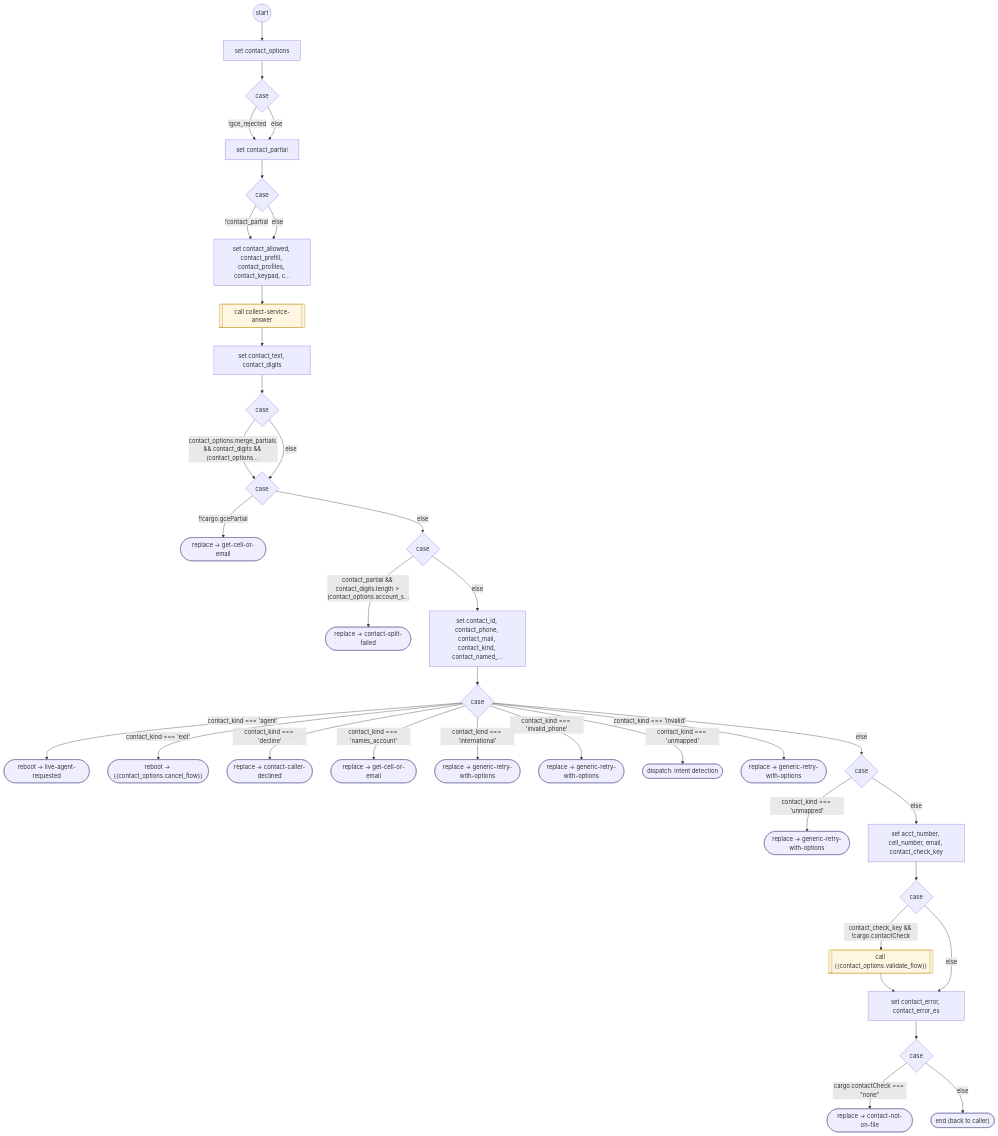
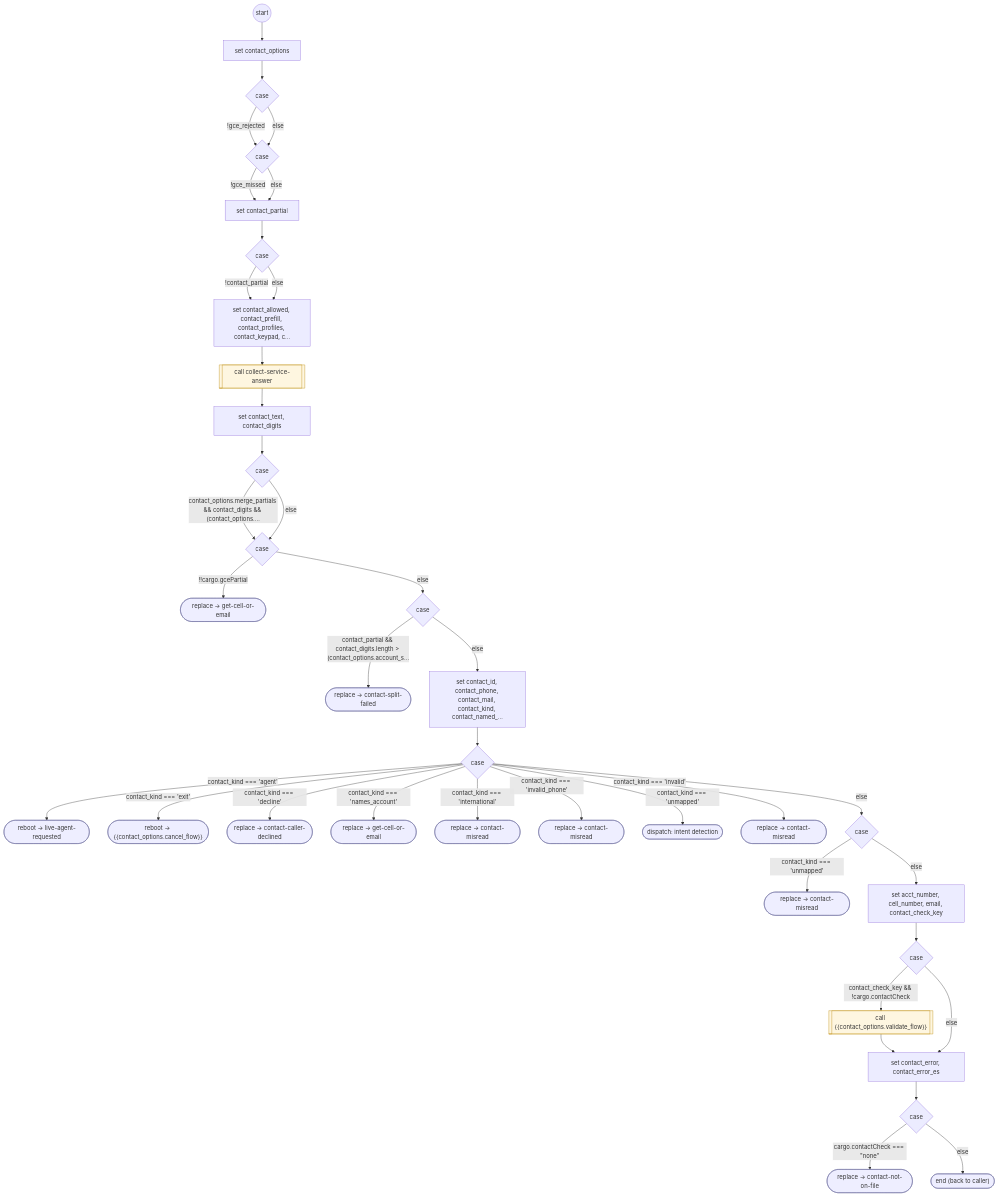
Before and after one commit to ronpinkas/jsfe: the diagram in docs/flows/system/get-cell-or-email.md, drawn with Mermaid. The commit also changed other lines of this file and 6 other files, not shown here.

Commit message:
jsfe flows: reference copy of the prod shared sets from AIDevelopment 2618f15

```diff
--- a/docs/flows/system/get-cell-or-email.md
+++ b/docs/flows/system/get-cell-or-email.md
@@ -39,83 +40,86 @@
    START --> n0
    c1{"case"}
    n0 --> c1
-   n2["set contact_partial"]
-   c1 -- "!gce_rejected" --> n2
-   c1 -- "else" --> n2
-   c3{"case"}
-   n2 --> c3
-   n4["set contact_allowed, contact_prefill, contact_profiles, contact_keypad, c…"]
-   c3 -- "!contact_partial" --> n4
-   c3 -- "else" --> n4
-   n5[["call collect-service-answer"]]
-   class n5 flowstep
-   n4 --> n5
-   n6["set contact_text, contact_digits"]
+   c2{"case"}
+   c1 -- "!gce_rejected" --> c2
+   c1 -- "else" --> c2
+   n3["set contact_partial"]
+   c2 -- "!gce_missed" --> n3
+   c2 -- "else" --> n3
+   c4{"case"}
+   n3 --> c4
+   n5["set contact_allowed, contact_prefill, contact_profiles, contact_keypad, c…"]
+   c4 -- "!contact_partial" --> n5
+   c4 -- "else" --> n5
+   n6[["call collect-service-answer"]]
+   class n6 flowstep
    n5 --> n6
-   c7{"case"}
-   n6 --> c7
+   n7["set contact_text, contact_digits"]
+   n6 --> n7
    c8{"case"}
-   c7 -- "contact_options.merge_partials && contact_digits && (contact_options.…" --> c8
-   c7 -- "else" --> c8
-   b9(["replace → get-cell-or-email"])
-   class b9 endstep
-   c8 -- "!!cargo.gcePartial" --> b9
-   c10{"case"}
-   c8 -- "else" --> c10
-   b11(["replace → contact-split-failed"])
-   class b11 endstep
-   c10 -- "contact_partial && contact_digits.length #gt; (contact_options.account_s…" --> b11
-   n12["set contact_id, contact_phone, contact_mail, contact_kind, contact_named_…"]
-   c10 -- "else" --> n12
-   c13{"case"}
-   n12 --> c13
-   b14(["reboot → live-agent-requested"])
-   class b14 endstep
-   c13 -- "contact_kind === 'agent'" --> b14
-   b15(["reboot → #123;#123;contact_options.cancel_flow#125;#125;"])
+   n7 --> c8
+   c9{"case"}
+   c8 -- "contact_options.merge_partials && contact_digits && (contact_options.…" --> c9
+   c8 -- "else" --> c9
+   b10(["replace → get-cell-or-email"])
+   class b10 endstep
+   c9 -- "!!cargo.gcePartial" --> b10
+   c11{"case"}
+   c9 -- "else" --> c11
+   b12(["replace → contact-split-failed"])
+   class b12 endstep
+   c11 -- "contact_partial && contact_digits.length #gt; (contact_options.account_s…" --> b12
+   n13["set contact_id, contact_phone, contact_mail, contact_kind, contact_named_…"]
+   c11 -- "else" --> n13
+   c14{"case"}
+   n13 --> c14
+   b15(["reboot → live-agent-requested"])
    class b15 endstep
-   c13 -- "contact_kind === 'exit'" --> b15
-   b16(["replace → contact-caller-declined"])
+   c14 -- "contact_kind === 'agent'" --> b15
+   b16(["reboot → #123;#123;contact_options.cancel_flow#125;#125;"])
    class b16 endstep
-   c13 -- "contact_kind === 'decline'" --> b16
-   b17(["replace → get-cell-or-email"])
+   c14 -- "contact_kind === 'exit'" --> b16
+   b17(["replace → contact-caller-declined"])
    class b17 endstep
-   c13 -- "contact_kind === 'names_account'" --> b17
-   b18(["replace → generic-retry-with-options"])
+   c14 -- "contact_kind === 'decline'" --> b17
+   b18(["replace → get-cell-or-email"])
    class b18 endstep
-   c13 -- "contact_kind === 'international'" --> b18
-   b19(["replace → generic-retry-with-options"])
+   c14 -- "contact_kind === 'names_account'" --> b18
+   b19(["replace → contact-misread"])
    class b19 endstep
-   c13 -- "contact_kind === 'invalid_phone'" --> b19
-   b20(["dispatch: intent detection"])
+   c14 -- "contact_kind === 'international'" --> b19
+   b20(["replace → contact-misread"])
    class b20 endstep
-   c13 -- "contact_kind === 'unmapped'" --> b20
-   b21(["replace → generic-retry-with-options"])
+   c14 -- "contact_kind === 'invalid_phone'" --> b20
+   b21(["dispatch: intent detection"])
    class b21 endstep
-   c13 -- "contact_kind === 'invalid'" --> b21
-   c22{"case"}
-   c13 -- "else" --> c22
-   b23(["replace → generic-retry-with-options"])
-   class b23 endstep
-   c22 -- "contact_kind === 'unmapped'" --> b23
-   n24["set acct_number, cell_number, email, contact_check_key"]
-   c22 -- "else" --> n24
-   c25{"case"}
-   n24 --> c25
-   b26[["call #123;#123;contact_options.validate_flow#125;#125;"]]
-   class b26 flowstep
-   c25 -- "contact_check_key && !cargo.contactCheck" --> b26
-   n27["set contact_error, contact_error_es"]
-   b26 --> n27
-   c25 -- "else" --> n27
-   c28{"case"}
-   n27 --> c28
-   b29(["replace → contact-not-on-file"])
-   class b29 endstep
-   c28 -- "cargo.contactCheck === #quot;none#quot;" --> b29
+   c14 -- "contact_kind === 'unmapped'" --> b21
+   b22(["replace → contact-misread"])
+   class b22 endstep
+   c14 -- "contact_kind === 'invalid'" --> b22
+   c23{"case"}
+   c14 -- "else" --> c23
+   b24(["replace → contact-misread"])
+   class b24 endstep
+   c23 -- "contact_kind === 'unmapped'" --> b24
+   n25["set acct_number, cell_number, email, contact_check_key"]
+   c23 -- "else" --> n25
+   c26{"case"}
+   n25 --> c26
+   b27[["call #123;#123;contact_options.validate_flow#125;#125;"]]
+   class b27 flowstep
+   c26 -- "contact_check_key && !cargo.contactCheck" --> b27
+   n28["set contact_error, contact_error_es"]
+   b27 --> n28
+   c26 -- "else" --> n28
+   c29{"case"}
+   n28 --> c29
+   b30(["replace → contact-not-on-file"])
+   class b30 endstep
+   c29 -- "cargo.contactCheck === #quot;none#quot;" --> b30
    DONE(["end (back to caller)"])
    class DONE endstep
-   c28 -- "else" --> DONE
+   c29 -- "else" --> DONE
    classDef endstep fill:#eef,stroke:#669
    classDef toolstep fill:#efe,stroke:#696
    classDef flowstep fill:#fef6e0,stroke:#b80
```
